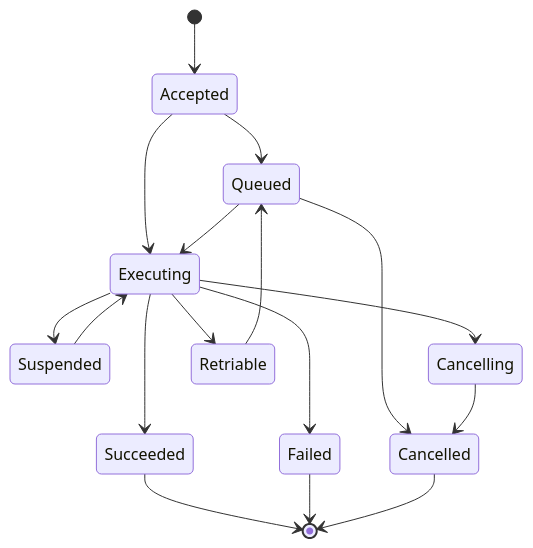
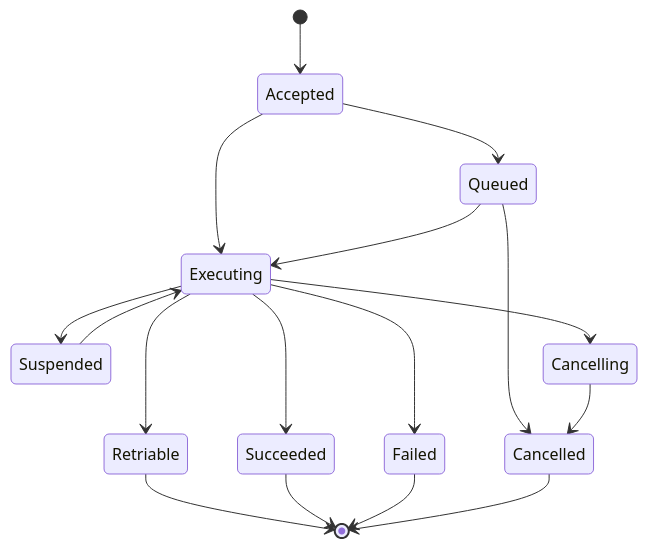
Before and after one commit to marcschier/opcua-drafts: the fourth of 5 diagrams in metaverse-specs/robot-intent/OPC-UA-Robot-Intent.md, drawn with Mermaid. The commit also changed other lines of this file and 4 other files, not shown here.

````diff
--- a/metaverse-specs/robot-intent/OPC-UA-Robot-Intent.md
+++ b/metaverse-specs/robot-intent/OPC-UA-Robot-Intent.md
@@ -461,19 +465,19 @@
 ```mermaid
 stateDiagram-v2
     [*] --> Accepted
     Accepted --> Queued
     Accepted --> Executing
     Queued --> Executing
     Queued --> Cancelled
     Executing --> Suspended
     Suspended --> Executing
     Executing --> Cancelling
     Cancelling --> Cancelled
     Executing --> Succeeded
     Executing --> Failed
     Executing --> Retriable
-    Retriable --> Queued
+    Retriable --> [*]
     Succeeded --> [*]
     Failed --> [*]
     Cancelled --> [*]
 ```
````
